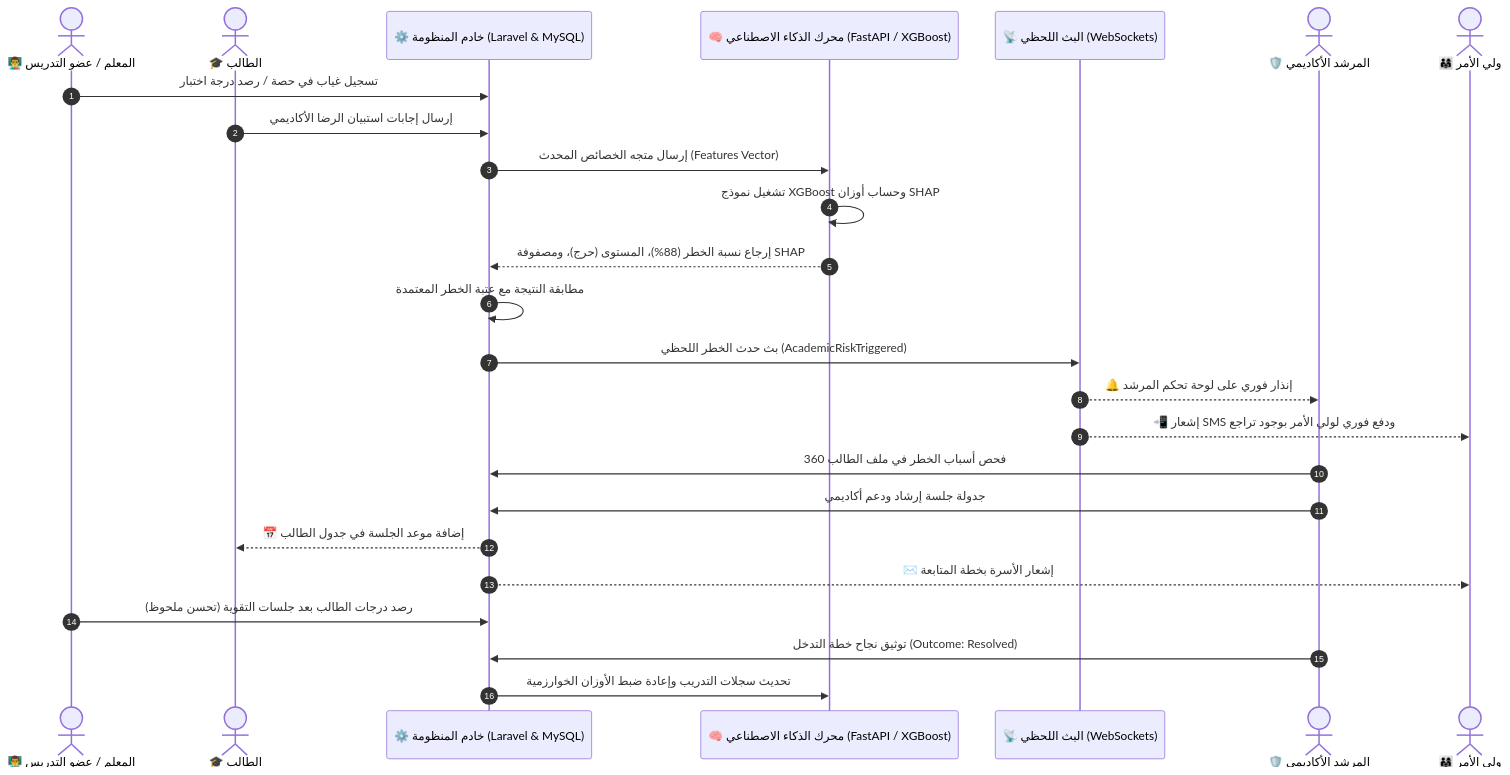
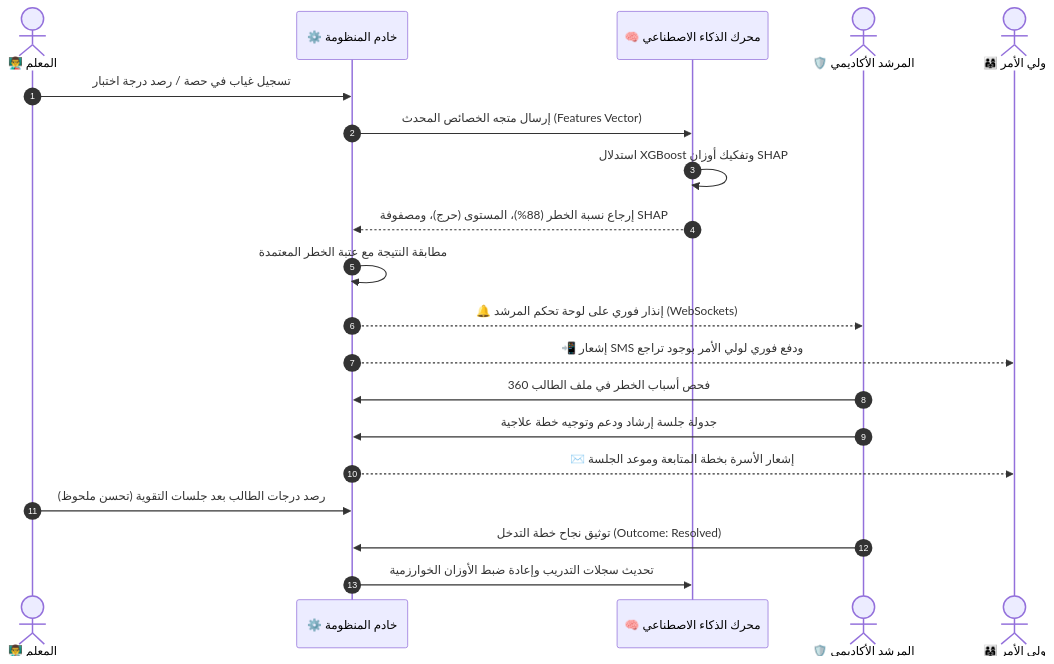
The fourth of 4 diagrams in USER_MANUAL_AR.md (ebrahem-eng/Student_Behavior_Analysis_front_end), drawn with Mermaid before and after one commit. The commit also changed other lines of this file and 3 other files, not shown here.

Commit message:
docs: generate official Arabic User Manual PDF with high-fidelity diagrams and math typography

````diff
--- a/USER_MANUAL_AR.md
+++ b/USER_MANUAL_AR.md
@@ -364,37 +344,32 @@
 ```mermaid
 sequenceDiagram
     autonumber
-    actor Teacher as 👨‍🏫 المعلم / عضو التدريس
-    actor Student as 🎓 الطالب
-    participant Laravel as ⚙️ خادم المنظومة (Laravel & MySQL)
-    participant AI as 🧠 محرك الذكاء الاصطناعي (FastAPI / XGBoost)
-    participant Reverb as 📡 البث اللحظي (WebSockets)
+    actor Teacher as 👨‍🏫 المعلم
+    participant System as ⚙️ خادم المنظومة
+    participant AI as 🧠 محرك الذكاء الاصطناعي
     actor Advisor as 🛡️ المرشد الأكاديمي
     actor Parent as 👨‍👩‍👧 ولي الأمر
 
     %% المرحلة 1: رصد البيانات الأولية
-    Teacher->>Laravel: تسجيل غياب في حصة / رصد درجة اختبار
-    Student->>Laravel: إرسال إجابات استبيان الرضا الأكاديمي
+    Teacher->>System: تسجيل غياب في حصة / رصد درجة اختبار
     
     %% المرحلة 2: المعالجة والتنبؤ بالذكاء الاصطناعي
-    Laravel->>AI: إرسال متجه الخصائص المحدث (Features Vector)
-    AI->>AI: تشغيل نموذج XGBoost وحساب أوزان SHAP
-    AI-->>Laravel: إرجاع نسبة الخطر (88%)، المستوى (حرج)، ومصفوفة SHAP
+    System->>AI: إرسال متجه الخصائص المحدث (Features Vector)
+    AI->>AI: استدلال XGBoost وتفكيك أوزان SHAP
+    AI-->>System: إرجاع نسبة الخطر (88%)، المستوى (حرج)، ومصفوفة SHAP
 
     %% المرحلة 3: مقارنة العتبات وإطلاق التنبيهات
-    Laravel->>Laravel: مطابقة النتيجة مع عتبة الخطر المعتمدة
-    Laravel->>Reverb: بث حدث الخطر اللحظي (AcademicRiskTriggered)
-    Reverb-->>Advisor: 🔔 إنذار فوري على لوحة تحكم المرشد
-    Reverb-->>Parent: 📲 إشعار SMS ودفع فوري لولي الأمر بوجود تراجع
+    System->>System: مطابقة النتيجة مع عتبة الخطر المعتمدة
+    System-->>Advisor: 🔔 إنذار فوري على لوحة تحكم المرشد (WebSockets)
+    System-->>Parent: 📲 إشعار SMS ودفع فوري لولي الأمر بوجود تراجع
 
     %% المرحلة 4: التدخل والدعم الأكاديمي
-    Advisor->>Laravel: فحص أسباب الخطر في ملف الطالب 360
-    Advisor->>Laravel: جدولة جلسة إرشاد ودعم أكاديمي
-    Laravel-->>Student: 📅 إضافة موعد الجلسة في جدول الطالب
-    Laravel-->>Parent: ✉️ إشعار الأسرة بخطة المتابعة
+    Advisor->>System: فحص أسباب الخطر في ملف الطالب 360
+    Advisor->>System: جدولة جلسة إرشاد ودعم وتوجيه خطة علاجية
+    System-->>Parent: ✉️ إشعار الأسرة بخطة المتابعة وموعد الجلسة
 
     %% المرحلة 5: قياس الأثر والتعلم المستمر
-    Teacher->>Laravel: رصد درجات الطالب بعد جلسات التقوية (تحسن ملحوظ)
-    Advisor->>Laravel: توثيق نجاح خطة التدخل (Outcome: Resolved)
-    Laravel->>AI: تحديث سجلات التدريب وإعادة ضبط الأوزان الخوارزمية
+    Teacher->>System: رصد درجات الطالب بعد جلسات التقوية (تحسن ملحوظ)
+    Advisor->>System: توثيق نجاح خطة التدخل (Outcome: Resolved)
+    System->>AI: تحديث سجلات التدريب وإعادة ضبط الأوزان الخوارزمية
 ```
````
